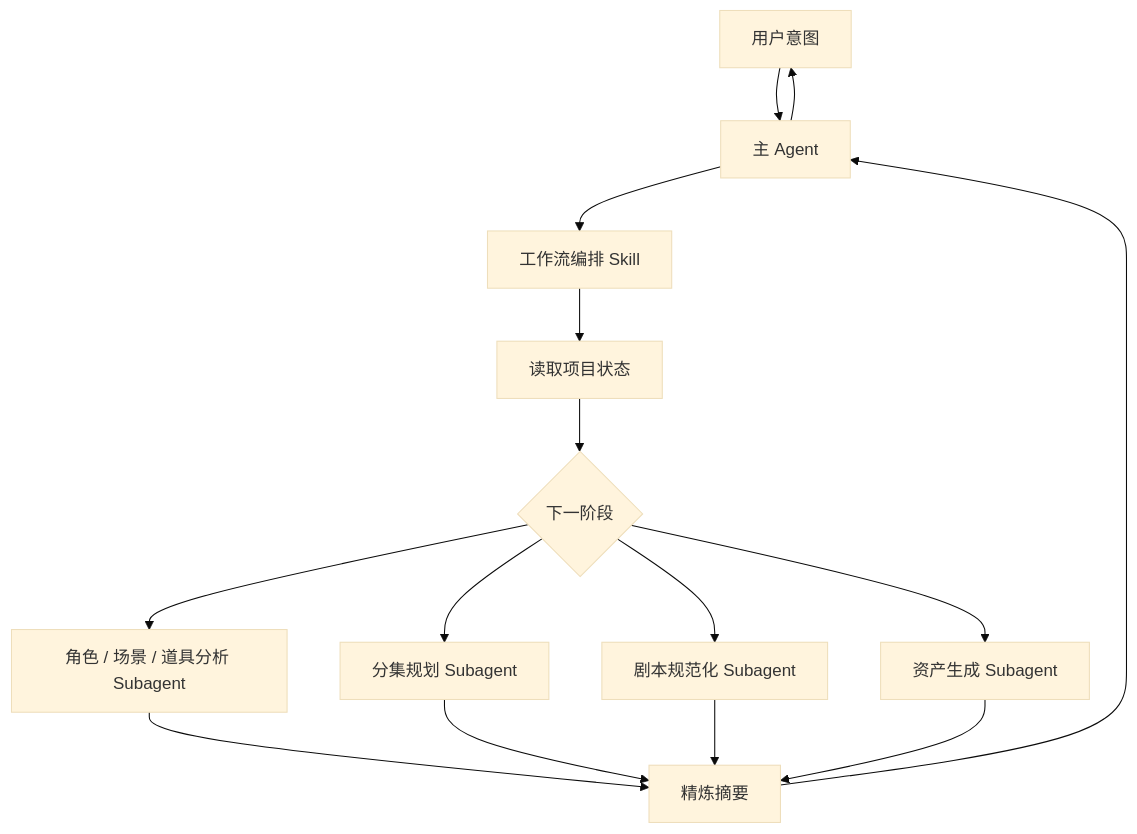
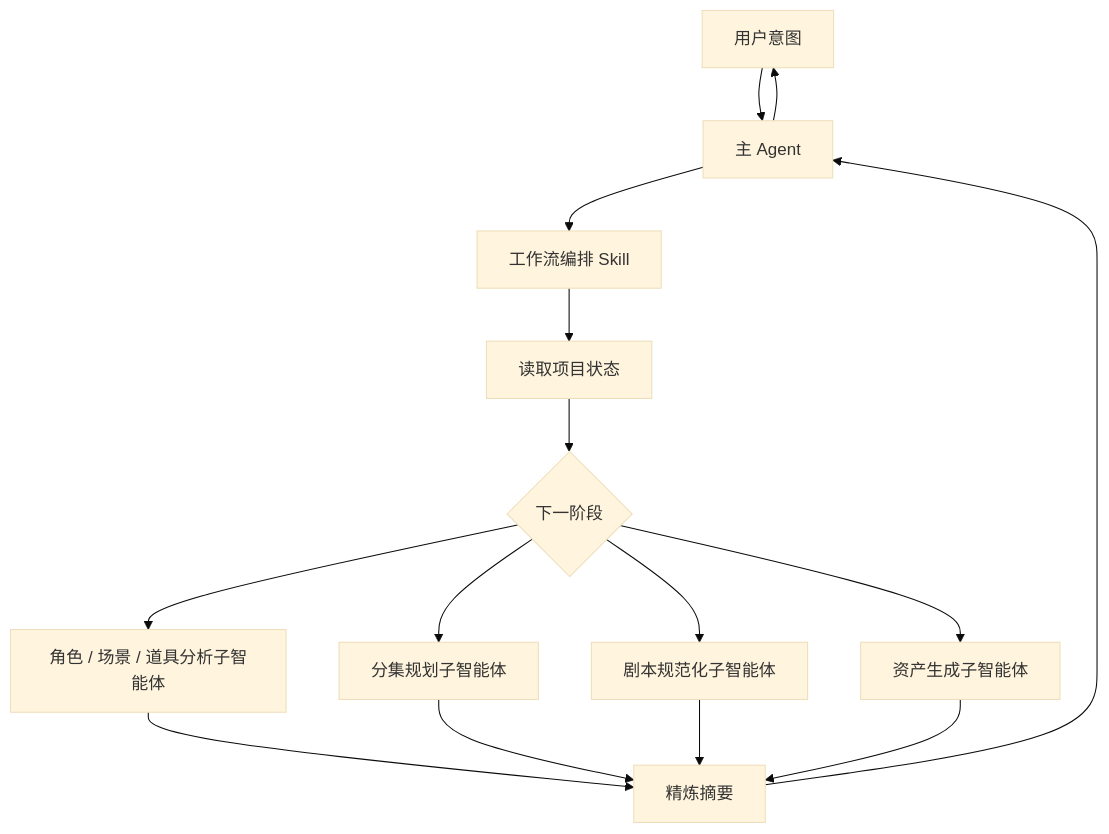
The second of 3 diagrams in website/docs/dev/architecture.md (ArcReel/ArcReel), drawn with Mermaid (base theme) before and after one commit. The commit also changed other lines of this file and 327 other files, not shown here.

````diff
--- a/website/docs/dev/architecture.md
+++ b/website/docs/dev/architecture.md
@@ -94,17 +94,17 @@
 ```mermaid
 flowchart TD
     U["用户意图"] --> MAIN["主 Agent"]
     MAIN --> SKILL["工作流编排 Skill"]
     SKILL --> STATE["读取项目状态"]
     STATE --> DECIDE{"下一阶段"}
-    DECIDE --> A["角色 / 场景 / 道具分析 Subagent"]
-    DECIDE --> B["分集规划 Subagent"]
-    DECIDE --> C["剧本规范化 Subagent"]
-    DECIDE --> D["资产生成 Subagent"]
+    DECIDE --> A["角色 / 场景 / 道具分析子智能体"]
+    DECIDE --> B["分集规划子智能体"]
+    DECIDE --> C["剧本规范化子智能体"]
+    DECIDE --> D["资产生成子智能体"]
     A --> SUMMARY["精炼摘要"]
     B --> SUMMARY
     C --> SUMMARY
     D --> SUMMARY
     SUMMARY --> MAIN
     MAIN --> U
 ```
````
